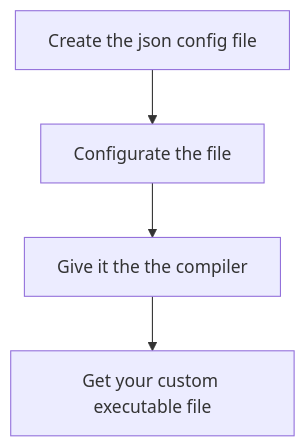
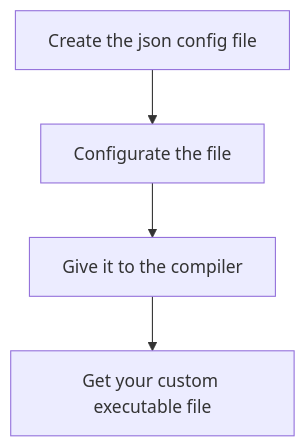
The diagram in readme.md (PtspluS/MementoMori), drawn with Mermaid before and after one commit. The commit also changed other lines of this file, not shown here.

````diff
--- a/readme.md
+++ b/readme.md
@@ -16,6 +16,6 @@
 ```mermaid
     graph TD
     A[Create the json config file] --> B[Configurate the file]
-    B --> C[Give it the the compiler]
+    B --> C[Give it to the compiler]
     C --> D[Get your custom executable file]
 ```
````
